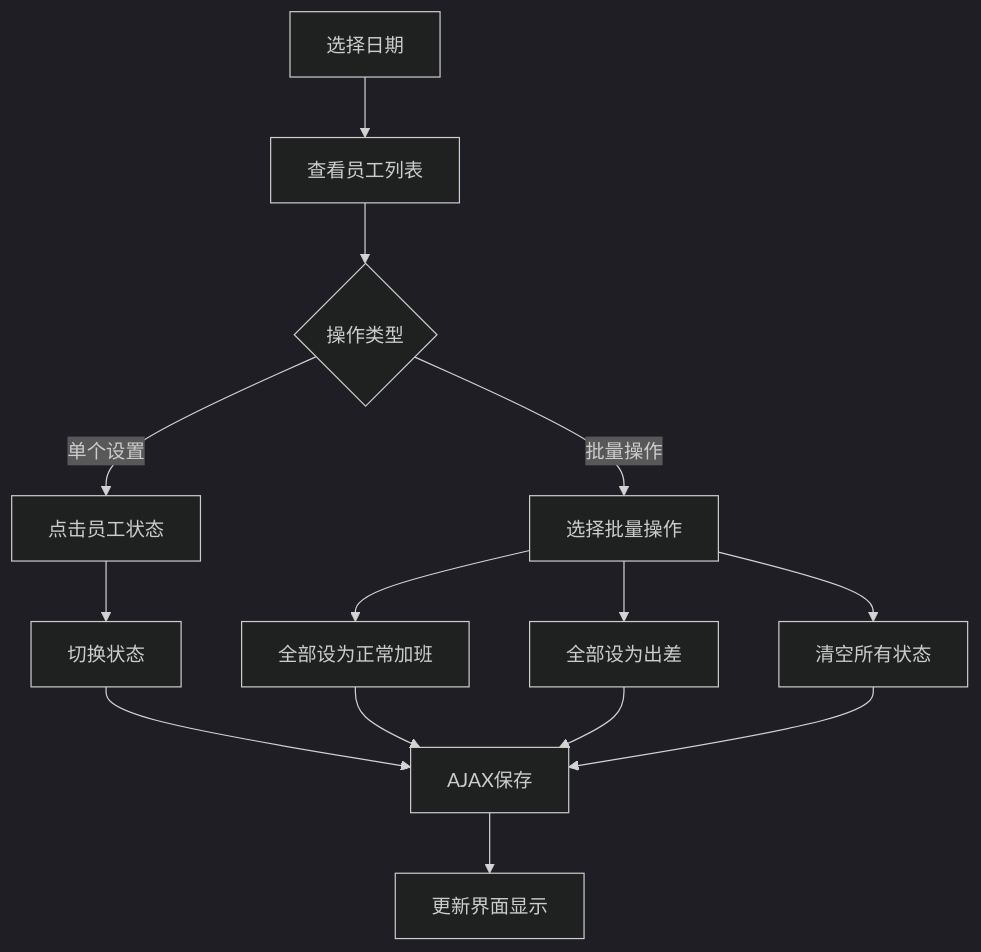
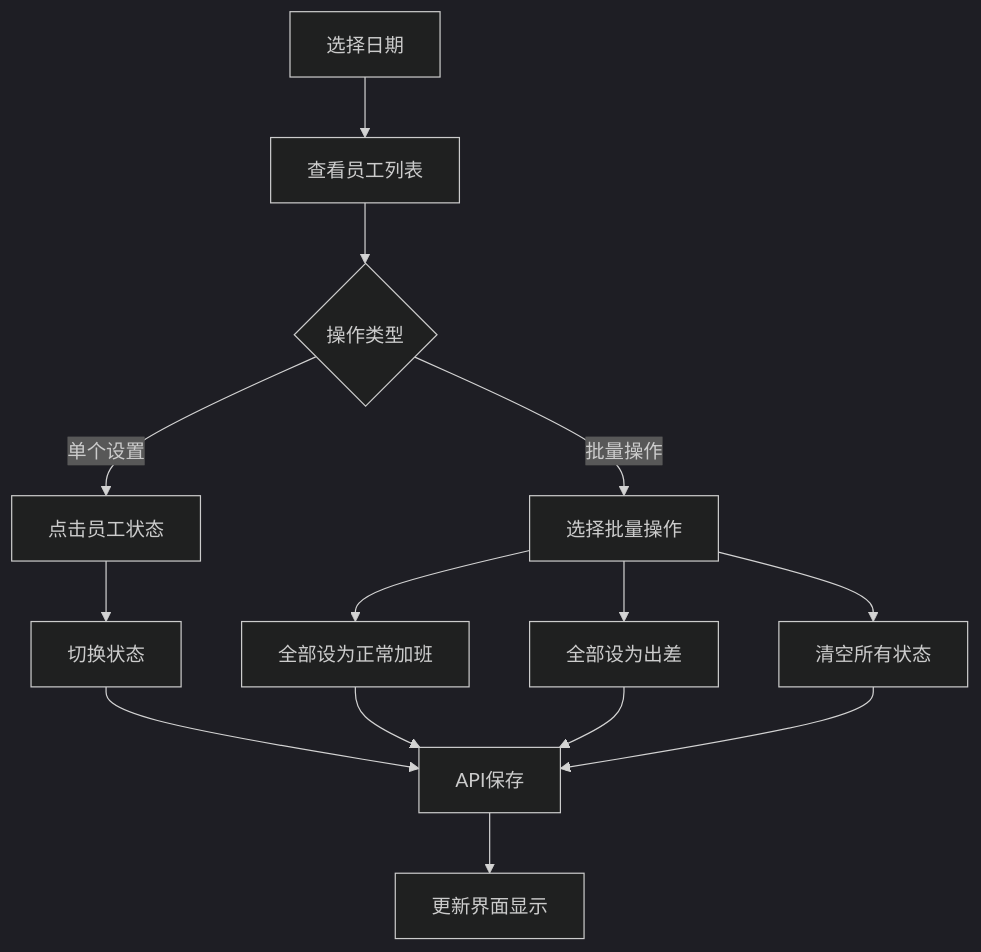
The second of 3 diagrams in PRD.md (wlhd7/dz-weekend-overtime), drawn with Mermaid (dark theme) before and after one commit. The commit also changed other lines of this file and 1 other file, not shown here.

Commit message:
docs: update PRD and README for FastAPI/Vue architecture

````diff
--- a/PRD.md
+++ b/PRD.md
@@ -126,16 +123,16 @@
 ```mermaid
 graph TD
     A[选择日期] --> B[查看员工列表]
     B --> C{操作类型}
     C -->|单个设置| D[点击员工状态]
     C -->|批量操作| E[选择批量操作]
     D --> F[切换状态]
     E --> G[全部设为正常加班]
     E --> H[全部设为出差]
     E --> I[清空所有状态]
-    F --> J[AJAX保存]
+    F --> J[API保存]
     G --> J
     H --> J
     I --> J
     J --> K[更新界面显示]
 ```
````
